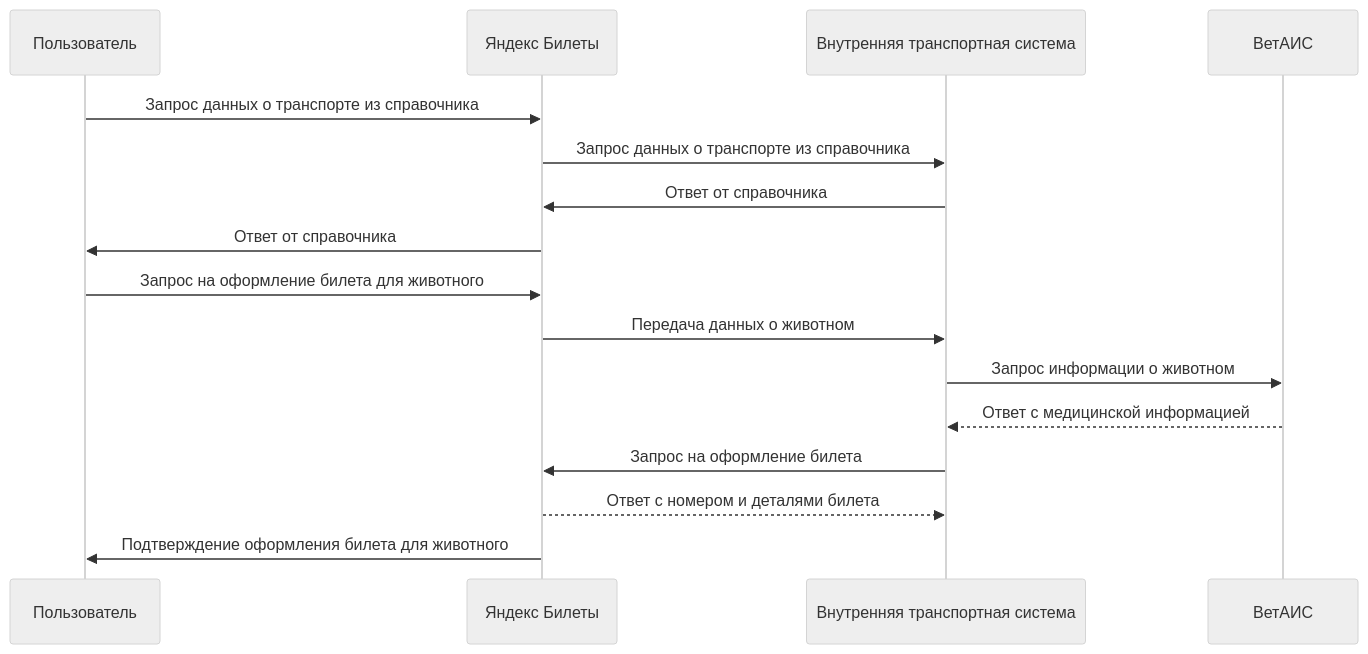
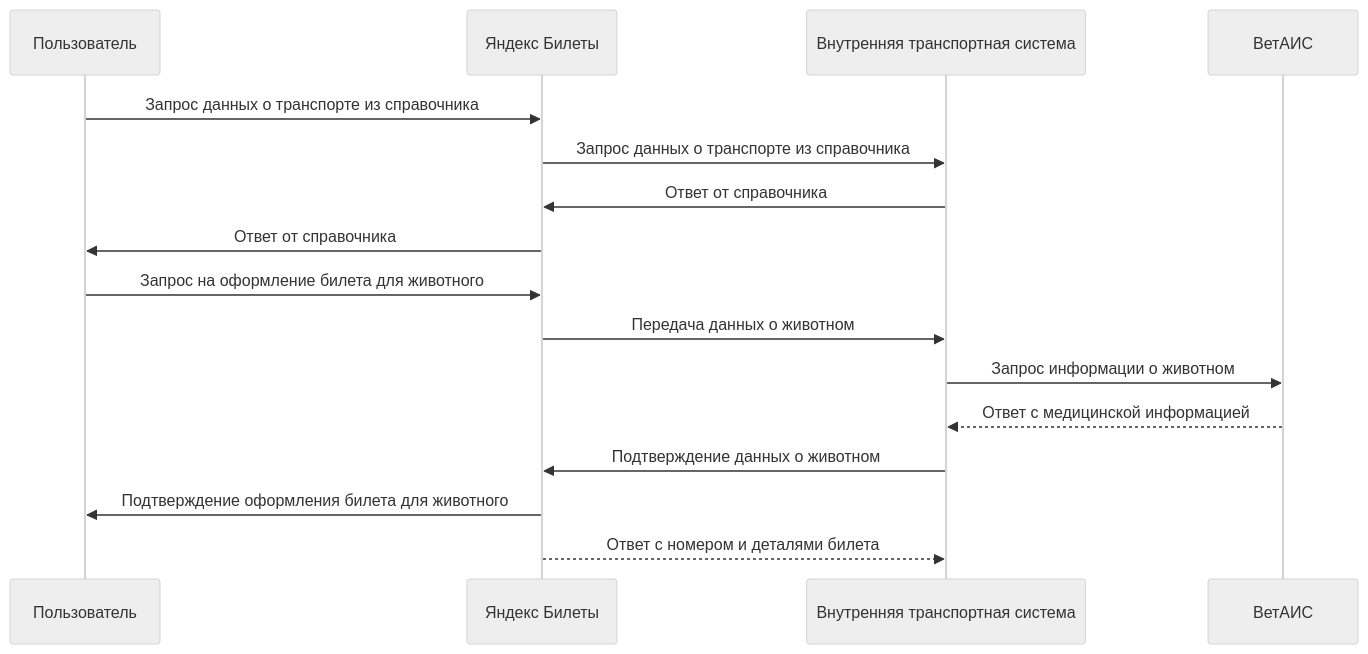
Before and after one commit to Gr-Move/Portfolio: the first of 5 diagrams in Cases/Case-2/diagrams.md, drawn with Mermaid (neutral theme).

Commit message:
Zero-Uploading

````diff
--- a/Cases/Case-2/diagrams.md
+++ b/Cases/Case-2/diagrams.md
@@ -6,19 +6,19 @@
 ```mermaid
 sequenceDiagram;
     participant User as Пользователь
     participant YB as Яндекс Билеты
     participant Internal as Внутренняя транспортная система
     participant VetAIS as ВетАИС
 
     User->>YB: Запрос данных о транспорте из справочника
     YB->>Internal: Запрос данных о транспорте из справочника
     Internal->>YB: Ответ от справочника
     YB->>User: Ответ от справочника
     User->>YB:  Запрос на оформление билета для животного
     YB->>Internal:  Передача данных о животном
     Internal->>VetAIS: Запрос информации о животном
     VetAIS-->>Internal: Ответ с медицинской информацией
-    Internal->>YB: Запрос на оформление билета
+    Internal->>YB: Подтверждение данных о животном
+    YB->>User: Подтверждение оформления билета для животного
     YB-->>Internal: Ответ с номером и деталями билета
-    YB->>User: Подтверждение оформления билета для животного
 ```
````
